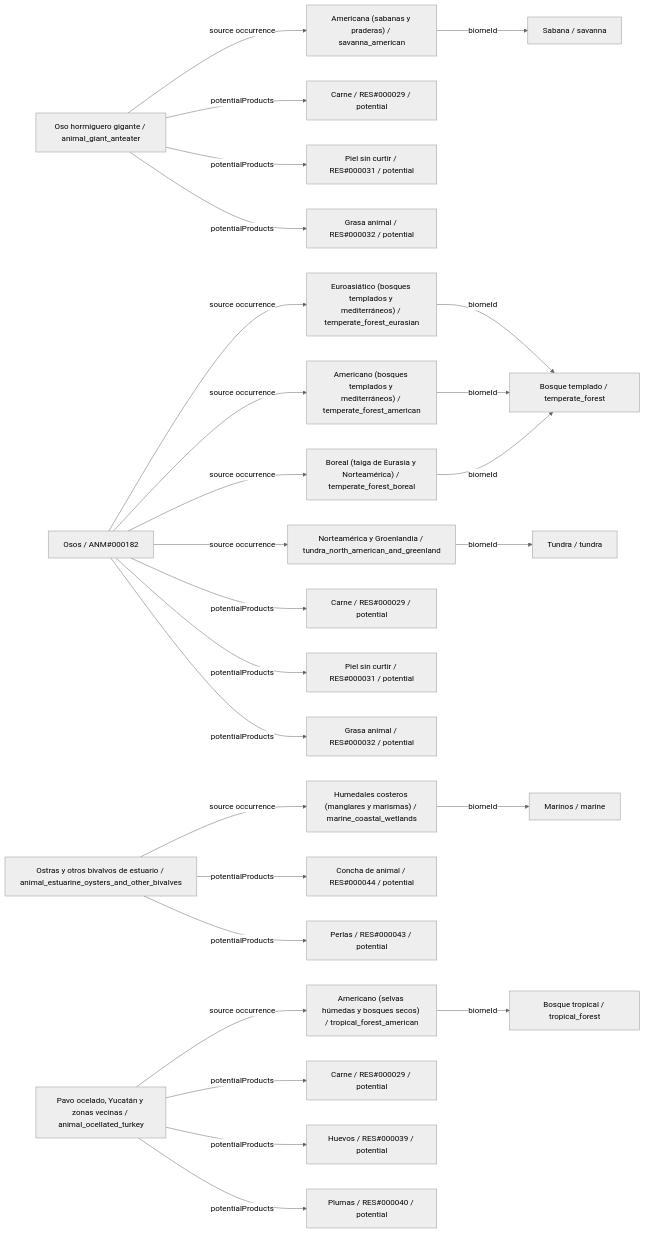
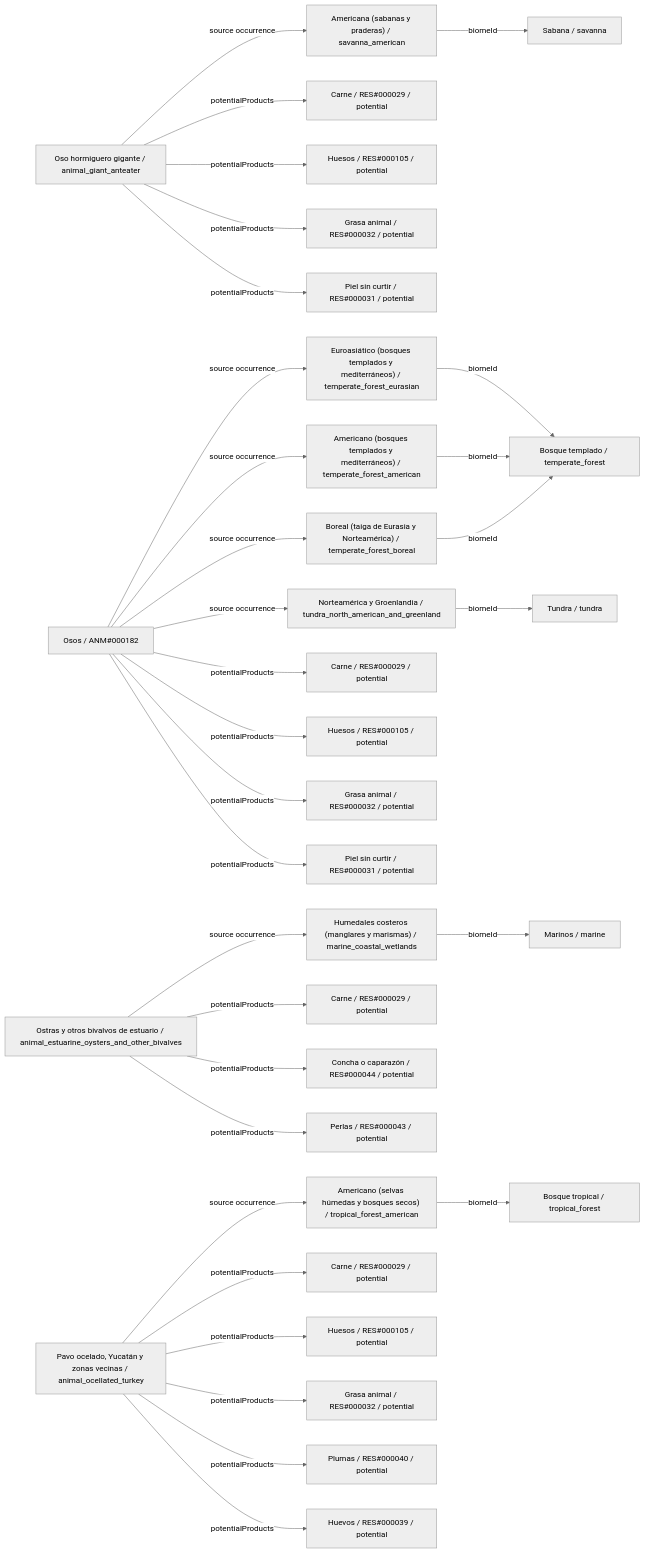
Before and after one commit to fgabo404/EvolveDoc: diagram 17 of 26 in data/animals/DIAGRAMS.es.md, drawn with Mermaid (neutral theme). The commit also changed other lines of this file and 44 other files, not shown here.

````diff
--- a/data/animals/DIAGRAMS.es.md
+++ b/data/animals/DIAGRAMS.es.md
@@ -819,55 +1179,65 @@
 ```mermaid
 flowchart LR
     c0["Oso hormiguero gigante / animal_giant_anteater"]
     v12["Americana (sabanas y praderas) / savanna_american"]
     b3["Sabana / savanna"]
     o0_0["Carne / RES#000029 / potential"]
-    o0_1["Piel sin curtir / RES#000031 / potential"]
+    o0_1["Huesos / RES#000105 / potential"]
     o0_2["Grasa animal / RES#000032 / potential"]
+    o0_3["Piel sin curtir / RES#000031 / potential"]
     c1["Osos / ANM#000182"]
     v4["Euroasiático (bosques templados y mediterráneos) / temperate_forest_eurasian"]
     b1["Bosque templado / temperate_forest"]
     v5["Americano (bosques templados y mediterráneos) / temperate_forest_american"]
     v7["Boreal (taiga de Eurasia y Norteamérica) / temperate_forest_boreal"]
     v8["Norteamérica y Groenlandia / tundra_north_american_and_greenland"]
     b2["Tundra / tundra"]
     o1_0["Carne / RES#000029 / potential"]
-    o1_1["Piel sin curtir / RES#000031 / potential"]
+    o1_1["Huesos / RES#000105 / potential"]
     o1_2["Grasa animal / RES#000032 / potential"]
+    o1_3["Piel sin curtir / RES#000031 / potential"]
     c2["Ostras y otros bivalvos de estuario / animal_estuarine_oysters_and_other_bivalves"]
     v22["Humedales costeros (manglares y marismas) / marine_coastal_wetlands"]
     b5["Marinos / marine"]
-    o2_0["Concha de animal / RES#000044 / potential"]
-    o2_1["Perlas / RES#000043 / potential"]
+    o2_0["Carne / RES#000029 / potential"]
+    o2_1["Concha o caparazón / RES#000044 / potential"]
+    o2_2["Perlas / RES#000043 / potential"]
     c3["Pavo ocelado, Yucatán y zonas vecinas / animal_ocellated_turkey"]
     v0["Americano (selvas húmedas y bosques secos) / tropical_forest_american"]
     b0["Bosque tropical / tropical_forest"]
     o3_0["Carne / RES#000029 / potential"]
-    o3_1["Huevos / RES#000039 / potential"]
-    o3_2["Plumas / RES#000040 / potential"]
+    o3_1["Huesos / RES#000105 / potential"]
+    o3_2["Grasa animal / RES#000032 / potential"]
+    o3_3["Plumas / RES#000040 / potential"]
+    o3_4["Huevos / RES#000039 / potential"]
     c0 -->|potentialProducts| o0_0
     c0 -->|potentialProducts| o0_1
     c0 -->|potentialProducts| o0_2
+    c0 -->|potentialProducts| o0_3
     c0 -->|source occurrence| v12
     c1 -->|potentialProducts| o1_0
     c1 -->|potentialProducts| o1_1
     c1 -->|potentialProducts| o1_2
+    c1 -->|potentialProducts| o1_3
     c1 -->|source occurrence| v4
     c1 -->|source occurrence| v5
     c1 -->|source occurrence| v7
     c1 -->|source occurrence| v8
     c2 -->|potentialProducts| o2_0
     c2 -->|potentialProducts| o2_1
+    c2 -->|potentialProducts| o2_2
     c2 -->|source occurrence| v22
     c3 -->|potentialProducts| o3_0
     c3 -->|potentialProducts| o3_1
     c3 -->|potentialProducts| o3_2
+    c3 -->|potentialProducts| o3_3
+    c3 -->|potentialProducts| o3_4
     c3 -->|source occurrence| v0
     v0 -->|biomeId| b0
     v12 -->|biomeId| b3
     v22 -->|biomeId| b5
     v4 -->|biomeId| b1
     v5 -->|biomeId| b1
     v7 -->|biomeId| b1
     v8 -->|biomeId| b2
 ```
````
